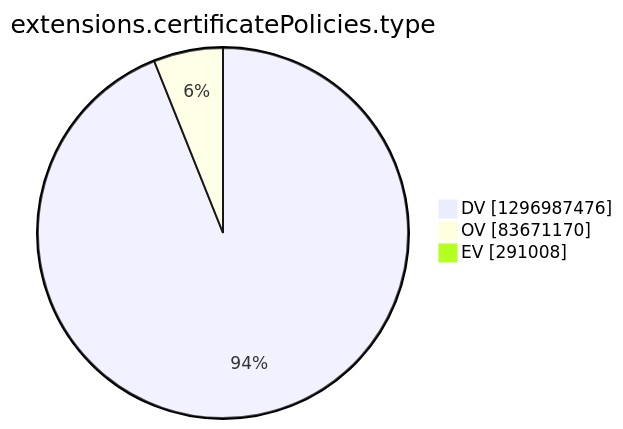
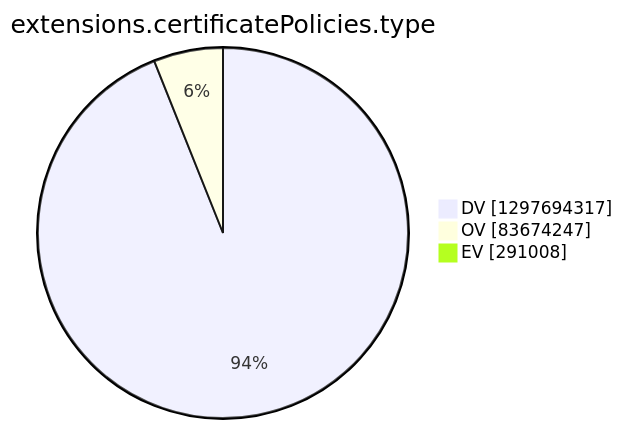
Before and after one commit to christiankrug/ctmonitor_visualization: the tenth of 15 diagrams in argon2022/README.md, drawn with Mermaid. The commit also changed other lines of this file, not shown here.

````diff
--- a/argon2022/README.md
+++ b/argon2022/README.md
@@ -2772,7 +2772,7 @@
 ```mermaid
 pie showData
 title extensions.certificatePolicies.type
-"DV" :1296987476
-"OV" :83671170
+"DV" :1297694317
+"OV" :83674247
 "EV" :291008
 ```
````
